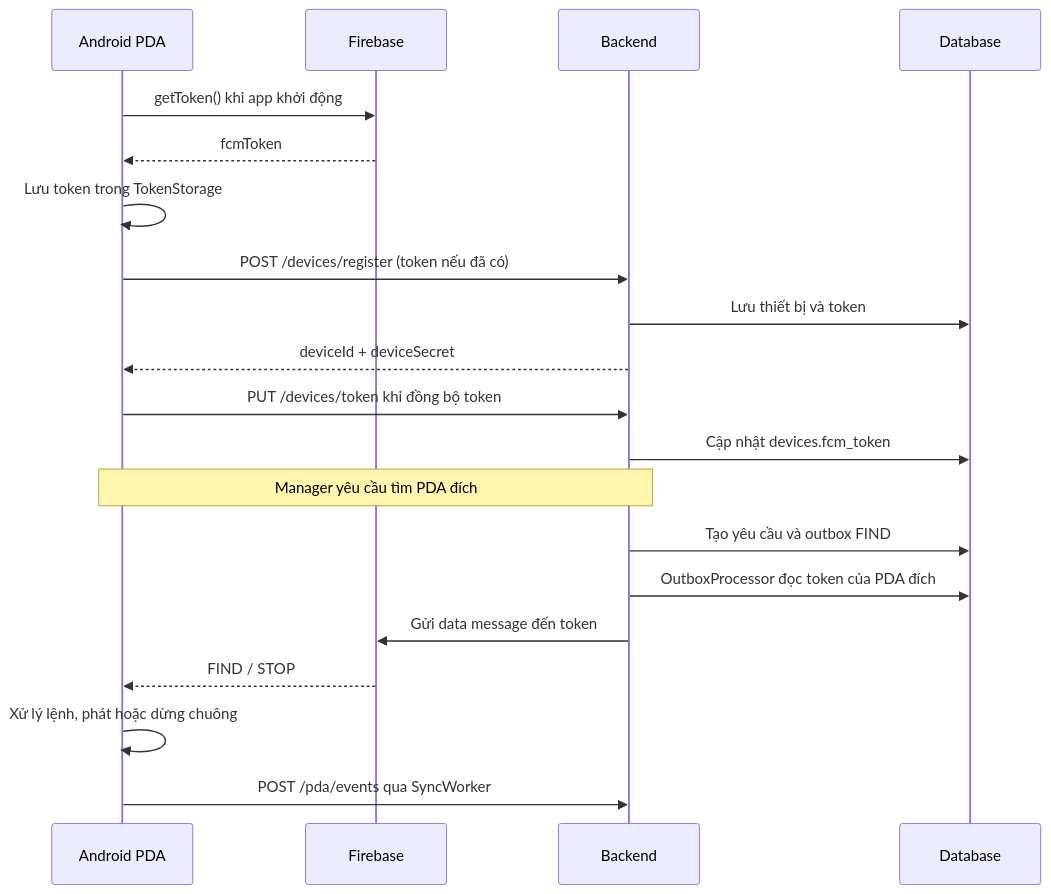
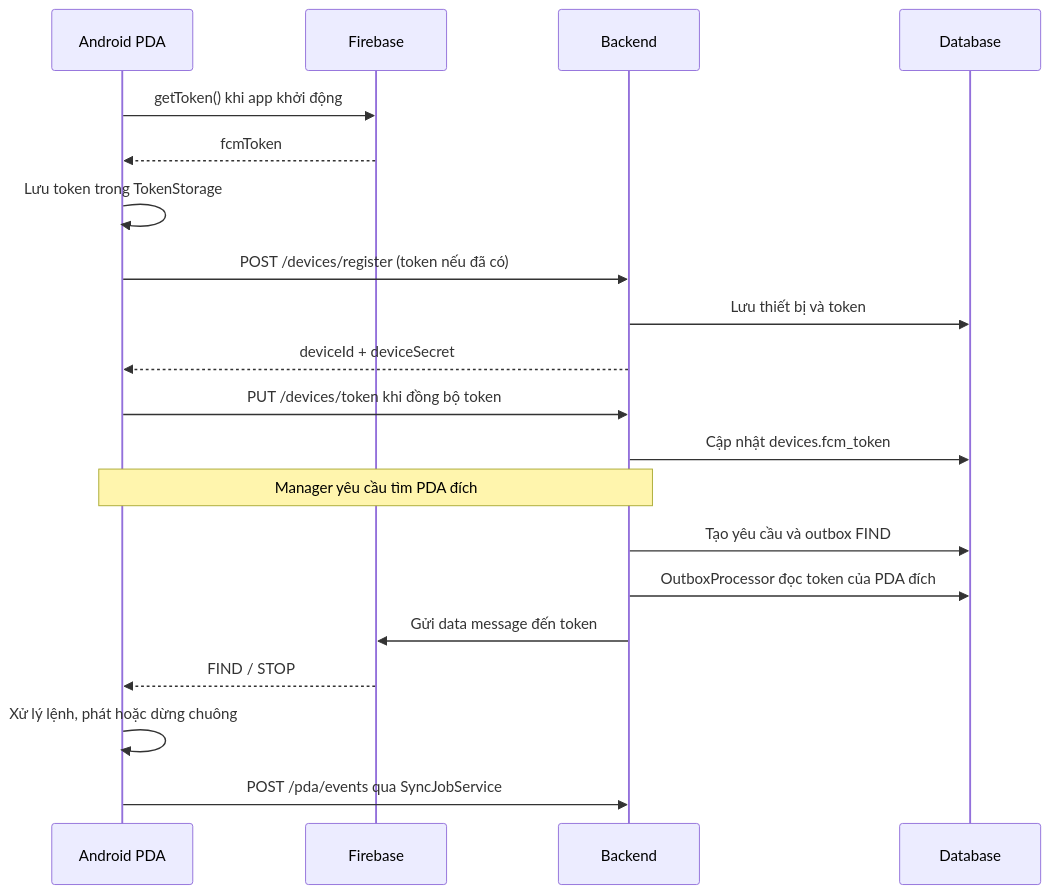
Before and after one commit to ThienDuc1112/spa_device: the diagram in docs/18-fcm-token-android-backend.md, drawn with Mermaid. The commit also changed other lines of this file and 84 other files, not shown here.

Commit message:
Refactor PDA API calls and session authentication; convert schema scripts to Oracle

````diff
--- a/docs/18-fcm-token-android-backend.md
+++ b/docs/18-fcm-token-android-backend.md
@@ -18,22 +18,22 @@
 ```mermaid
 sequenceDiagram
     participant A as Android PDA
     participant F as Firebase
     participant B as Backend
     participant D as Database
     A->>F: getToken() khi app khởi động
     F-->>A: fcmToken
     A->>A: Lưu token trong TokenStorage
     A->>B: POST /devices/register (token nếu đã có)
     B->>D: Lưu thiết bị và token
     B-->>A: deviceId + deviceSecret
     A->>B: PUT /devices/token khi đồng bộ token
     B->>D: Cập nhật devices.fcm_token
     Note over A,B: Manager yêu cầu tìm PDA đích
     B->>D: Tạo yêu cầu và outbox FIND
     B->>D: OutboxProcessor đọc token của PDA đích
     B->>F: Gửi data message đến token
     F-->>A: FIND / STOP
     A->>A: Xử lý lệnh, phát hoặc dừng chuông
-    A->>B: POST /pda/events qua SyncWorker
+    A->>B: POST /pda/events qua SyncJobService
 ```
````
